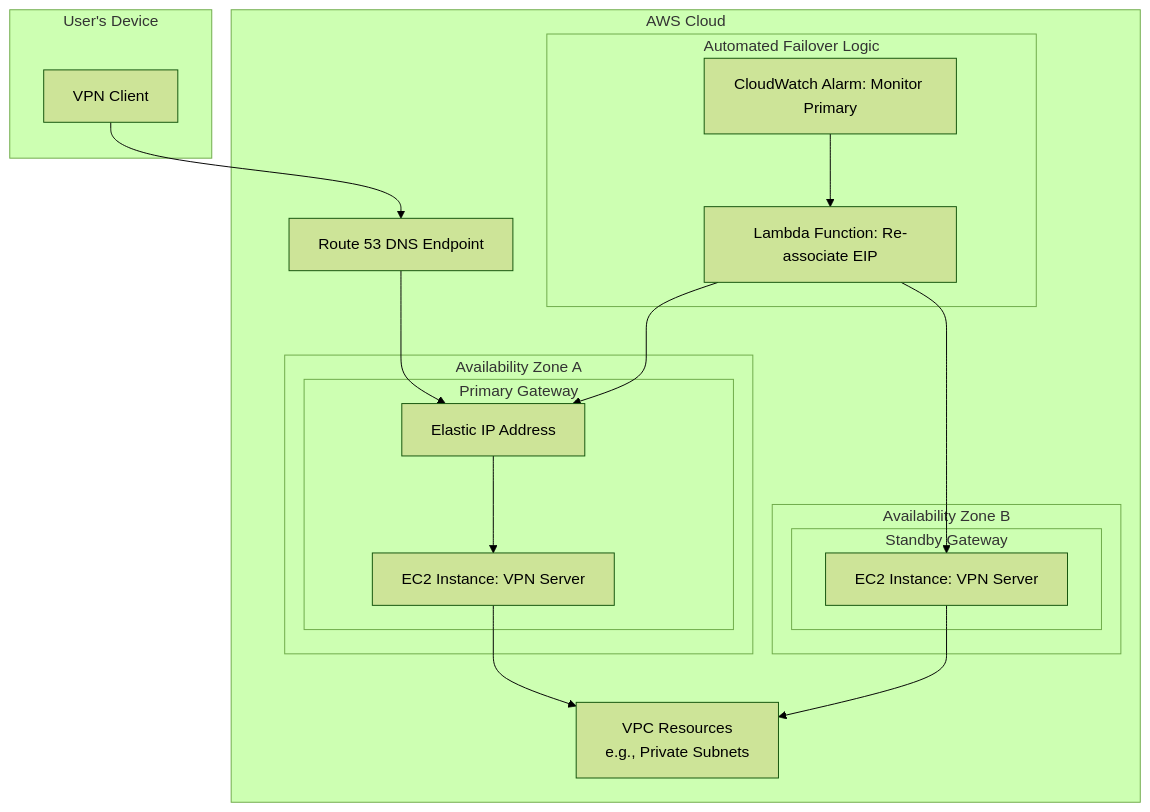
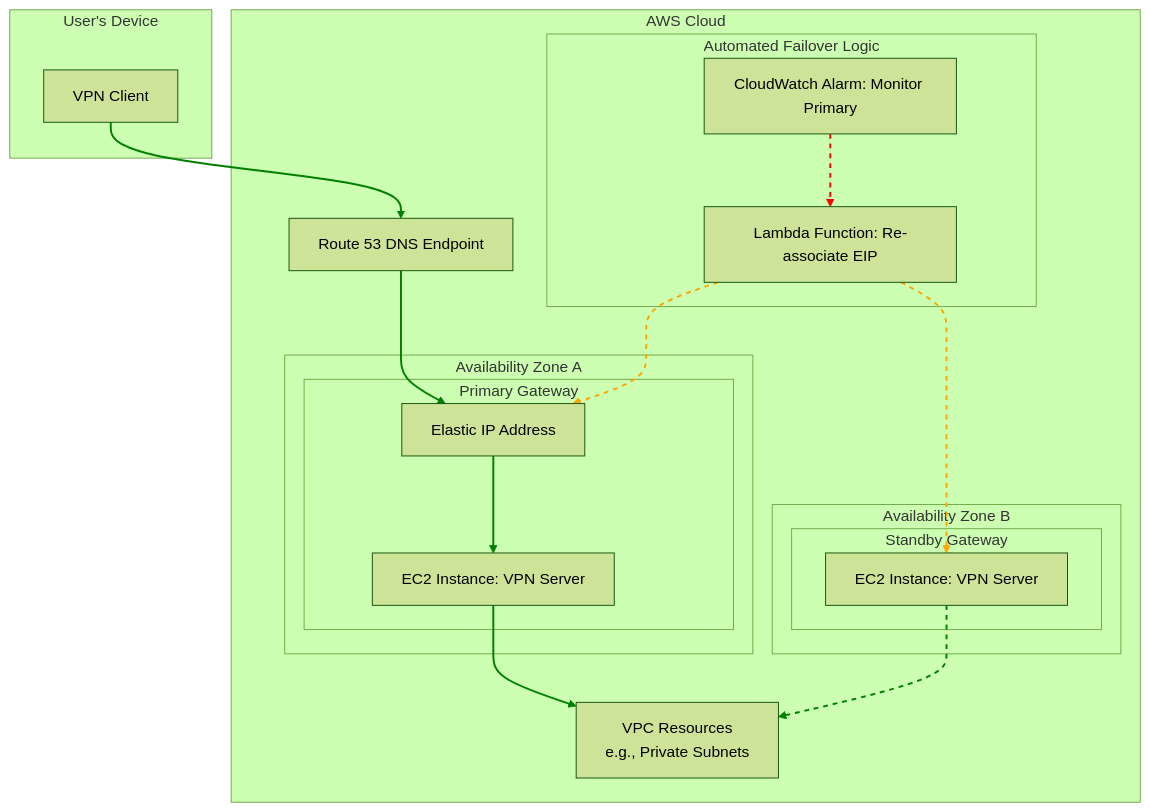
One commit to VDarius-IT/Web_App_Security_Testing_and_Hardening changed the diagram in README.md. Above: the diagram before and after it, drawn with Mermaid (forest theme).

````diff
--- a/README.md
+++ b/README.md
@@ -60,44 +60,56 @@
 ```mermaid
 graph TD
     subgraph "User's Device"
         U[VPN Client]
     end
 
     subgraph "AWS Cloud"
         R53[Route 53 DNS Endpoint]
 
         subgraph "Availability Zone A"
             subgraph "Primary Gateway"
                 P_EC2[EC2 Instance: VPN Server]
                 EIP[Elastic IP Address]
             end
         end
 
         subgraph "Availability Zone B"
             subgraph "Standby Gateway"
                  S_EC2[EC2 Instance: VPN Server]
             end
         end
 
         subgraph "Automated Failover Logic"
             CW[CloudWatch Alarm: Monitor Primary]
             L[Lambda Function: Re-associate EIP]
         end
 
         VPC[VPC Resources <br/> e.g., Private Subnets]
     end
 
     %% --- Connections and Flows ---
 
     %% Steady State Flow
     U --> R53
     R53 --> EIP
     EIP --> P_EC2
     P_EC2  --> VPC
 
     %% Failover Process
     CW  --> L
     L  --> EIP
     L  --> S_EC2
     S_EC2 --> VPC
+    %% Links Normalbetrieb (0-3): Grün, Durchgezogen
+    linkStyle 0 stroke-width:2px,fill:none,stroke:green;
+    linkStyle 1 stroke-width:2px,fill:none,stroke:green;
+    linkStyle 2 stroke-width:2px,fill:none,stroke:green;
+    linkStyle 3 stroke-width:2px,fill:none,stroke:green;
+
+    %% Failover-Links (4-7): Gestrichelt, mit passenden Farben
+    linkStyle 4 stroke-width:2px,fill:none,stroke:red,stroke-dasharray: 5 5;
+    linkStyle 5 stroke-width:2px,fill:none,stroke:orange,stroke-dasharray: 5 5;
+    linkStyle 6 stroke-width:2px,fill:none,stroke:orange,stroke-dasharray: 5 5;
+    linkStyle 7 stroke-width:2px,fill:none,stroke:green,stroke-dasharray: 5 5;
+
 ```
````
